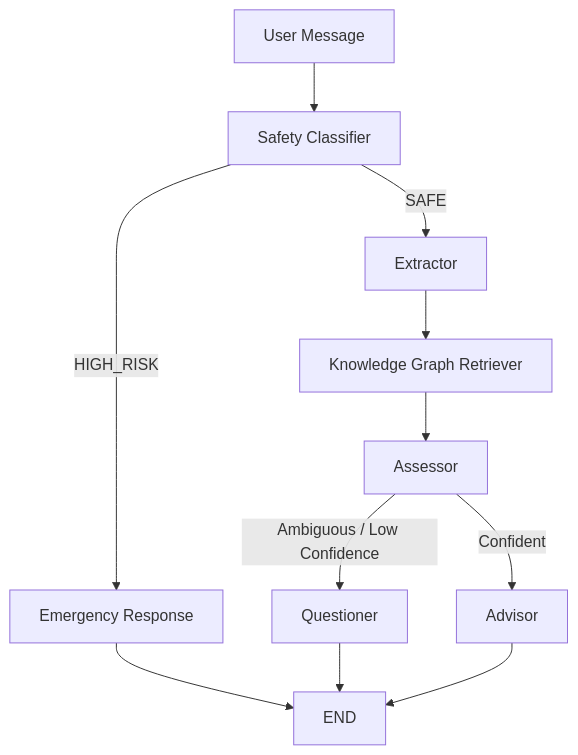
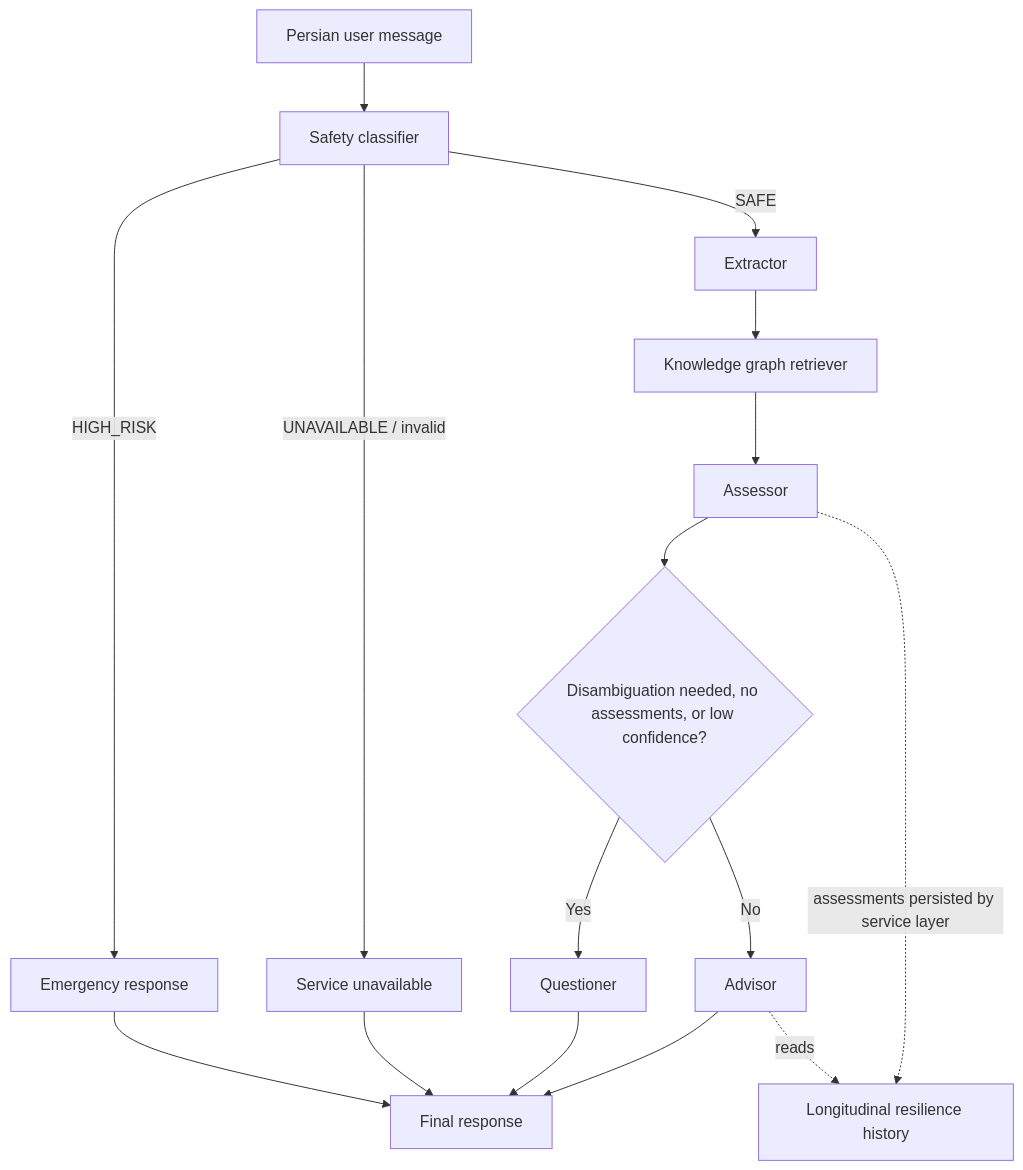
The diagram in README.md (miladtavakolii/ResiliMind), drawn with Mermaid before and after one commit. The commit also changed other lines of this file, not shown here.

Commit message:
docs(readme): document current architecture and evaluation

````diff
--- a/README.md
+++ b/README.md
@@ -197,18 +25,18 @@
-```mermaid
+~~~mermaid
 flowchart TD
-
-    A[User Message] --> B[Safety Classifier]
-
-    B -->|HIGH_RISK| C[Emergency Response]
-    B -->|SAFE| D[Extractor]
-
-    D --> E[Knowledge Graph Retriever]
-    E --> F[Assessor]
-
-    F -->|Ambiguous / Low Confidence| G[Questioner]
-    F -->|Confident| H[Advisor]
-
-    C --> I[END]
-    G --> I
-    H --> I
-```
+    A[Persian user message] --> B[Safety classifier]
+    B -->|HIGH_RISK| C[Emergency response]
+    B -->|UNAVAILABLE / invalid| D[Service unavailable]
+    B -->|SAFE| E[Extractor]
+    E --> F[Knowledge graph retriever]
+    F --> G[Assessor]
+    G --> H{Disambiguation needed, no assessments, or low confidence?}
+    H -->|Yes| I[Questioner]
+    H -->|No| J[Advisor]
+    C --> K[Final response]
+    D --> K
+    I --> K
+    J --> K
+    J -. reads .-> L[Longitudinal resilience history]
+    G -. assessments persisted by service layer .-> L
+~~~
````
